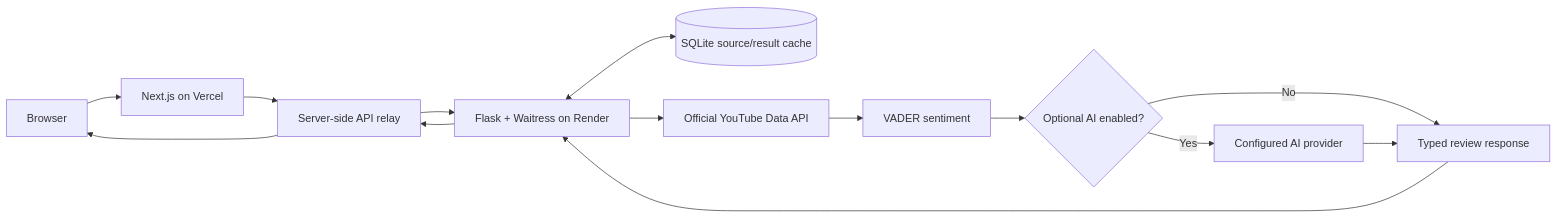
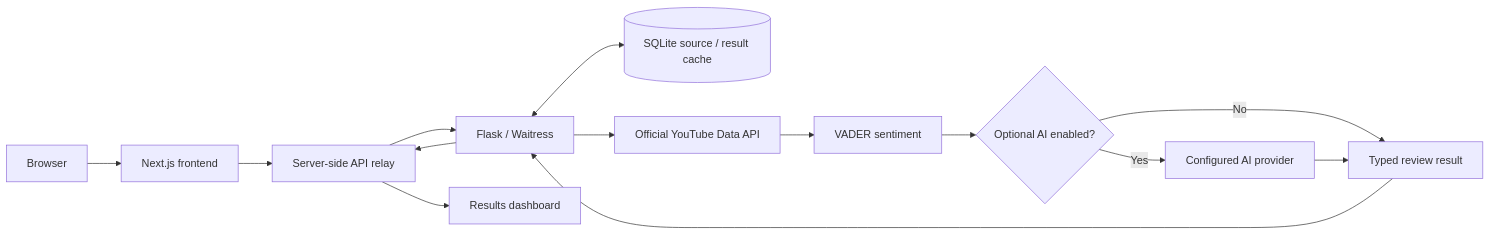
The diagram in README.md (YellankiKaushik/Review-YT), drawn with Mermaid before and after one commit. The commit also changed other lines of this file and 34 other files, not shown here.

````diff
--- a/README.md
+++ b/README.md
@@ -52,16 +100,16 @@
 ```mermaid
 flowchart LR
-    B[Browser] --> N[Next.js on Vercel]
+    B[Browser] --> N[Next.js frontend]
     N --> R[Server-side API relay]
-    R --> F[Flask + Waitress on Render]
-    F <--> C[(SQLite source/result cache)]
+    R --> F[Flask / Waitress]
+    F <--> C[(SQLite source / result cache)]
     F --> Y[Official YouTube Data API]
     Y --> V[VADER sentiment]
     V --> A{Optional AI enabled?}
-    A -->|No| T[Typed review response]
+    A -->|No| T[Typed review result]
     A -->|Yes| P[Configured AI provider]
     P --> T
     T --> F
     F --> R
-    R --> B
+    R --> D[Results dashboard]
 ```
````
